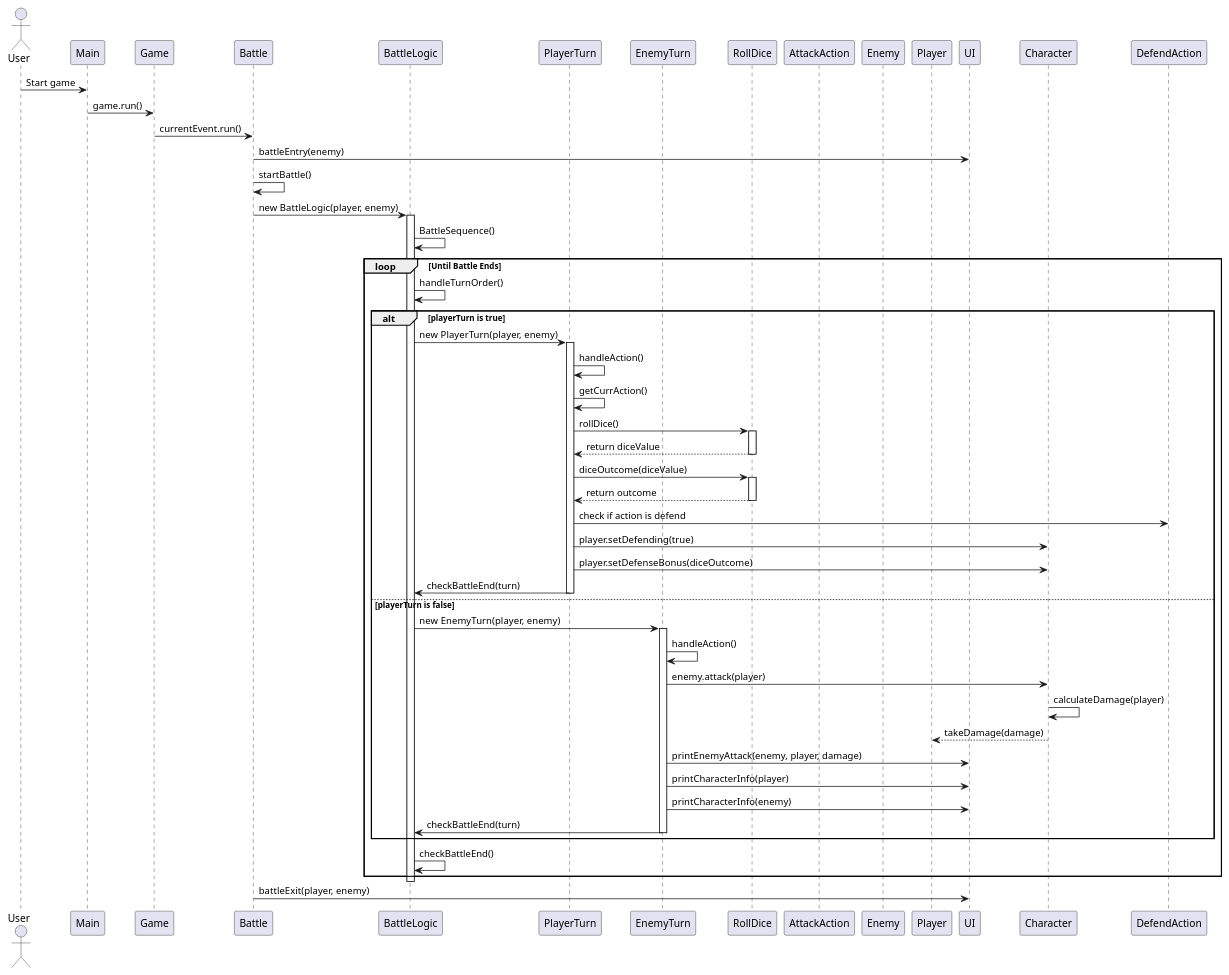
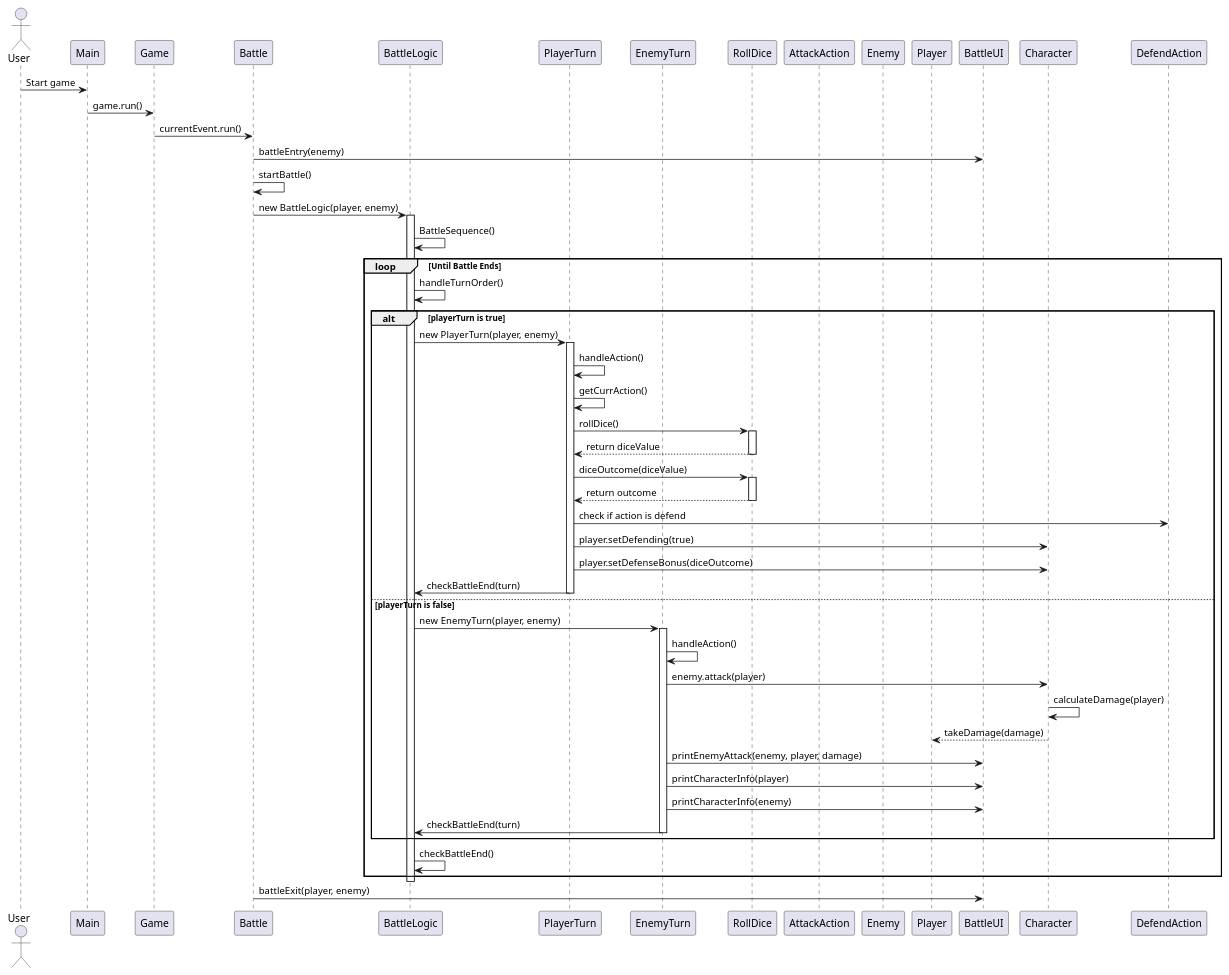
Before and after one commit to zavsky/tp: the diagram in docs/uml/defendSequence.puml, drawn with PlantUML. The commit also changed 4 other files, not shown here.

Commit message:
Added LootSequence and shopSequence

```diff
--- a/docs/uml/defendSequence.puml
+++ b/docs/uml/defendSequence.puml
@@ -1,74 +1,74 @@
 @startuml
 
 actor User
 participant "Main" as Main
 participant "Game" as Game
 participant "Battle" as Battle
 participant "BattleLogic" as BattleLogic
 participant "PlayerTurn" as PlayerTurn
 participant "EnemyTurn" as EnemyTurn
 participant "RollDice" as RollDice
 participant "AttackAction" as AttackAction
 participant "Enemy" as Enemy
 participant "Player" as Player
-participant "UI" as UI
+participant "BattleUI" as BattleUI
 participant "Character" as Character
 
 User -> Main: Start game
 Main -> Game: game.run()
 Game -> Battle: currentEvent.run()
 
-Battle -> UI: battleEntry(enemy)
+Battle -> BattleUI: battleEntry(enemy)
 
 Battle -> Battle: startBattle()
 Battle -> BattleLogic: new BattleLogic(player, enemy)
 activate BattleLogic
 BattleLogic -> BattleLogic: BattleSequence()
 
 loop Until Battle Ends
     BattleLogic -> BattleLogic: handleTurnOrder()
 
     alt playerTurn is true
         BattleLogic -> PlayerTurn: new PlayerTurn(player, enemy)
         activate PlayerTurn
         PlayerTurn -> PlayerTurn: handleAction()
 
         PlayerTurn -> PlayerTurn: getCurrAction()
         PlayerTurn -> RollDice: rollDice()
         activate RollDice
         RollDice --> PlayerTurn: return diceValue
         deactivate RollDice
 
         PlayerTurn -> RollDice: diceOutcome(diceValue)
         activate RollDice
         RollDice --> PlayerTurn: return outcome
         deactivate RollDice
 
         PlayerTurn -> DefendAction: check if action is defend
         PlayerTurn -> Character: player.setDefending(true)
         PlayerTurn -> Character: player.setDefenseBonus(diceOutcome)
         PlayerTurn -> BattleLogic: checkBattleEnd(turn)
         deactivate PlayerTurn
 
     else playerTurn is false
         BattleLogic -> EnemyTurn: new EnemyTurn(player, enemy)
         activate EnemyTurn
         EnemyTurn -> EnemyTurn: handleAction()
         EnemyTurn -> Character: enemy.attack(player)
         Character -> Character: calculateDamage(player)
         Character --> Player: takeDamage(damage)
-        EnemyTurn -> UI: printEnemyAttack(enemy, player, damage)
+        EnemyTurn -> BattleUI: printEnemyAttack(enemy, player, damage)
 
-        EnemyTurn -> UI: printCharacterInfo(player)
-        EnemyTurn -> UI: printCharacterInfo(enemy)
+        EnemyTurn -> BattleUI: printCharacterInfo(player)
+        EnemyTurn -> BattleUI: printCharacterInfo(enemy)
         EnemyTurn -> BattleLogic: checkBattleEnd(turn)
         deactivate EnemyTurn
     end
 
     BattleLogic -> BattleLogic: checkBattleEnd()
 end
 deactivate BattleLogic
 
-Battle -> UI: battleExit(player, enemy)
+Battle -> BattleUI: battleExit(player, enemy)
 
 @enduml
```
